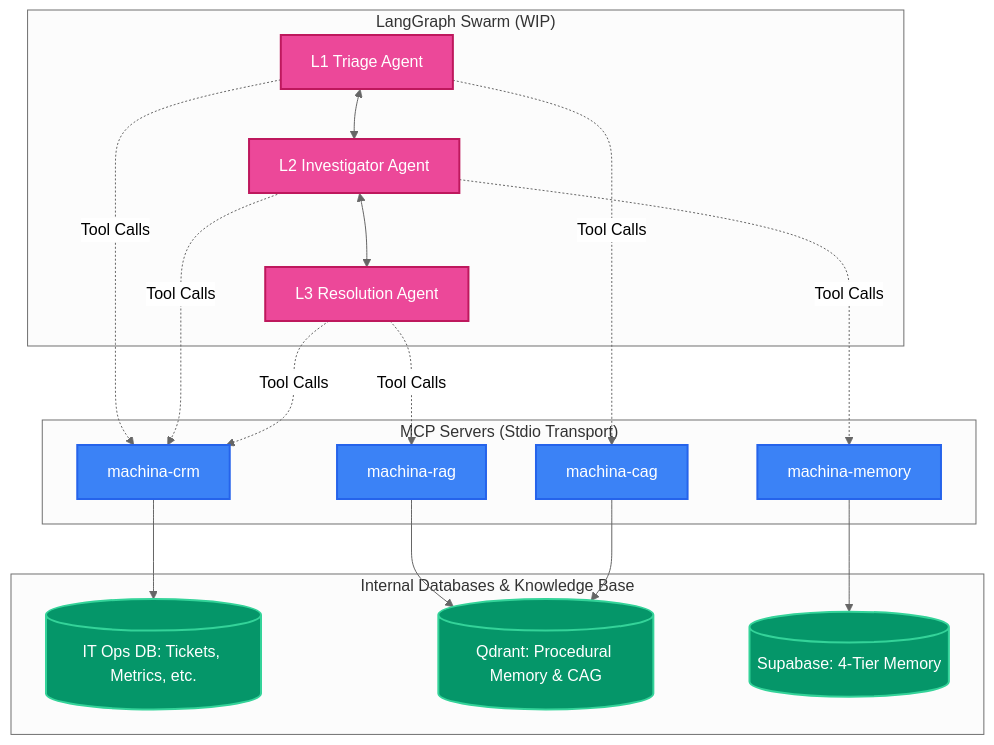
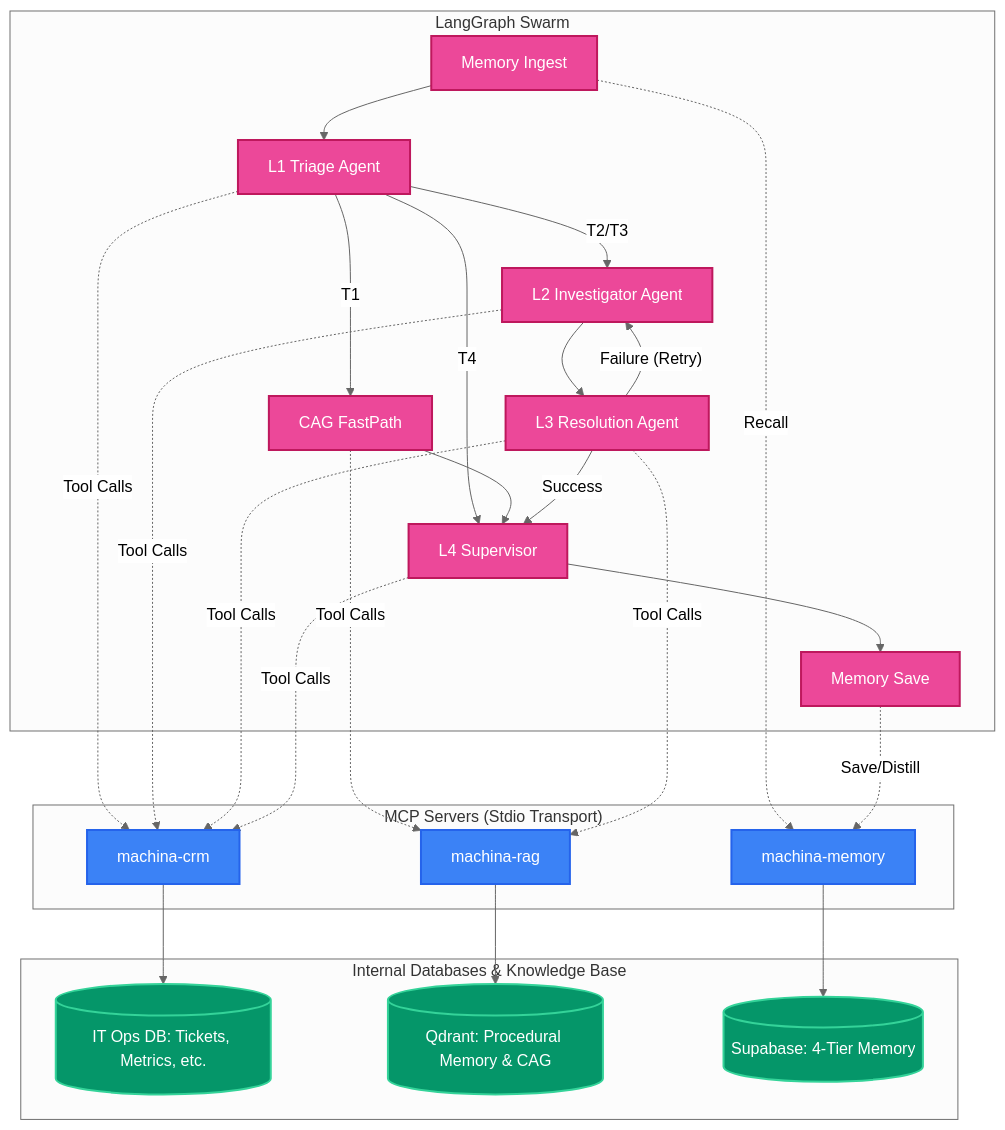
Before and after one commit to dinod001/ZuuSwarm-AI: the second of 2 diagrams in README.md, drawn with Mermaid (neutral theme). The commit also changed other lines of this file and 3 other files, not shown here.

Commit message:
feat: Updated multi-agent orchestration architecture with L1-L4 graph, memory integration, and automated test suite.

````diff
--- a/README.md
+++ b/README.md
@@ -58,41 +58,54 @@
 ```mermaid
 graph TD
     %% Styling
     classDef agent fill:#EC4899,stroke:#BE185D,stroke-width:2px,color:#fff;
     classDef mcp fill:#3B82F6,stroke:#2563EB,stroke-width:2px,color:#fff;
     classDef db fill:#059669,stroke:#34D399,stroke-width:2px,color:#fff;
 
-    subgraph "LangGraph Swarm (WIP)"
+    subgraph "LangGraph Swarm"
+        MEM_IN[Memory Ingest]:::agent
         L1[L1 Triage Agent]:::agent
+        CAG[CAG FastPath]:::agent
         L2[L2 Investigator Agent]:::agent
         L3[L3 Resolution Agent]:::agent
-        L1 <--> L2
-        L2 <--> L3
+        L4[L4 Supervisor]:::agent
+        MEM_OUT[Memory Save]:::agent
+        
+        MEM_IN --> L1
+        L1 -- "T1" --> CAG
+        L1 -- "T2/T3" --> L2
+        L1 -- "T4" --> L4
+        
+        CAG --> L4
+        L2 --> L3
+        L3 -- "Success" --> L4
+        L3 -- "Failure (Retry)" --> L2
+        L4 --> MEM_OUT
     end
 
     subgraph "MCP Servers (Stdio Transport)"
         MCP_CRM[machina-crm]:::mcp
         MCP_RAG[machina-rag]:::mcp
-        MCP_CAG[machina-cag]:::mcp
         MCP_MEM[machina-memory]:::mcp
     end
 
     subgraph "Internal Databases & Knowledge Base"
         DB_SQL[(IT Ops DB: Tickets, Metrics, etc.)]:::db
         DB_QDRANT[(Qdrant: Procedural Memory & CAG)]:::db
         DB_SUPA[(Supabase: 4-Tier Memory)]:::db
     end
 
     %% Connections
-    L1 -.-> |Tool Calls| MCP_CAG
+    MEM_IN -.-> |Recall| MCP_MEM
     L1 -.-> |Tool Calls| MCP_CRM
+    CAG -.-> |Tool Calls| MCP_RAG
     L2 -.-> |Tool Calls| MCP_CRM
-    L2 -.-> |Tool Calls| MCP_MEM
     L3 -.-> |Tool Calls| MCP_RAG
     L3 -.-> |Tool Calls| MCP_CRM
+    L4 -.-> |Tool Calls| MCP_CRM
+    MEM_OUT -.-> |Save/Distill| MCP_MEM
 
     MCP_CRM --> DB_SQL
     MCP_RAG --> DB_QDRANT
-    MCP_CAG --> DB_QDRANT
     MCP_MEM --> DB_SUPA
 ```
````
